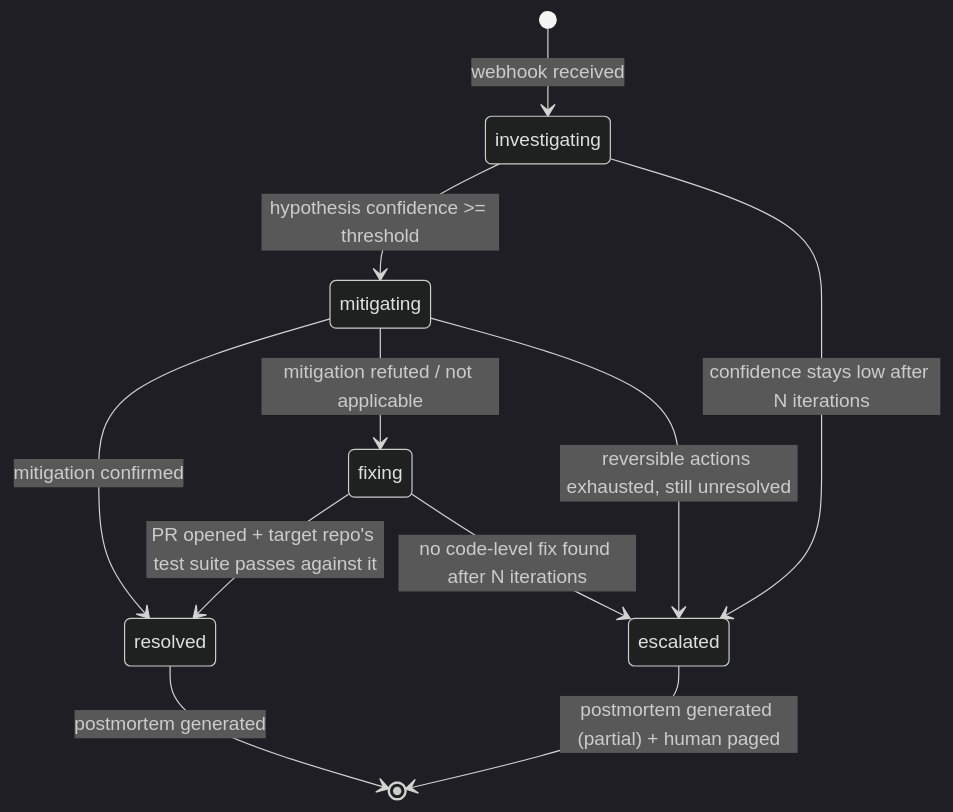
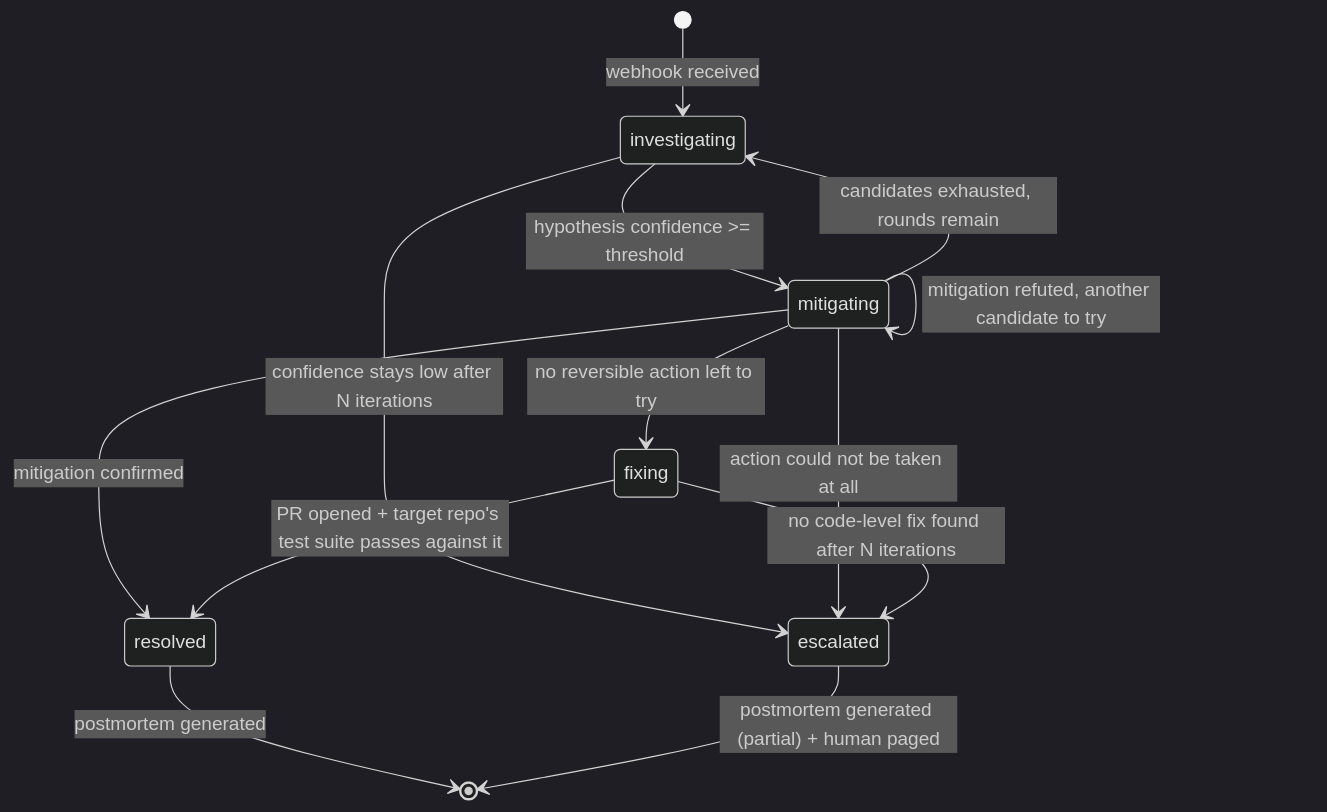
One commit to ohadraz/Argus changed the third of 5 diagrams in docs/spec-and-architecture.md. Above: the diagram before and after it, drawn with Mermaid (dark theme). The commit also changed other lines of this file and 15 other files, not shown here.

````diff
--- a/docs/spec-and-architecture.md
+++ b/docs/spec-and-architecture.md
@@ -239,13 +239,15 @@
 ```mermaid
 stateDiagram-v2
     [*] --> investigating: webhook received
     investigating --> mitigating: hypothesis confidence >= threshold
     investigating --> escalated: confidence stays low after N iterations
     mitigating --> resolved: mitigation confirmed
-    mitigating --> fixing: mitigation refuted / not applicable
-    mitigating --> escalated: reversible actions exhausted, still unresolved
+    mitigating --> mitigating: mitigation refuted, another candidate to try
+    mitigating --> investigating: candidates exhausted, rounds remain
+    mitigating --> escalated: action could not be taken at all
+    mitigating --> fixing: no reversible action left to try
     fixing --> resolved: PR opened + target repo's test suite passes against it
     fixing --> escalated: no code-level fix found after N iterations
     resolved --> [*]: postmortem generated
     escalated --> [*]: postmortem generated (partial) + human paged
 ```
````
